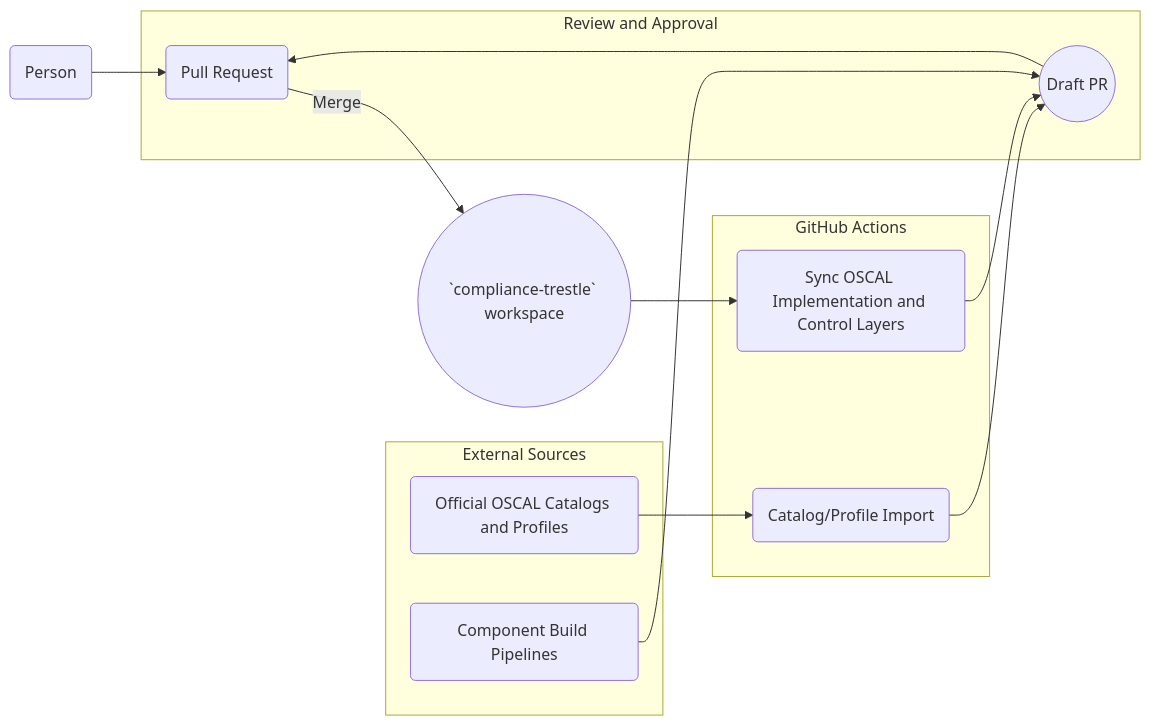
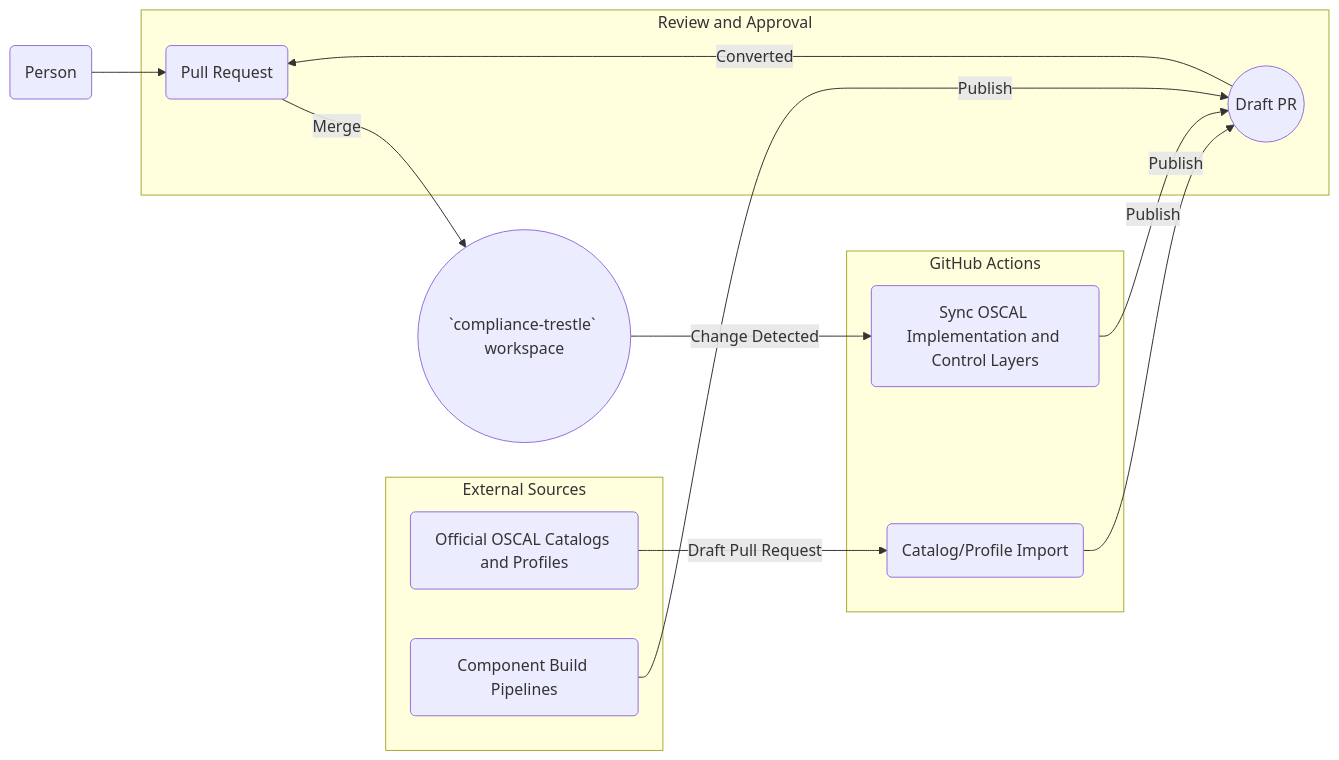
One commit to RedHatProductSecurity/trestle-demo changed the first of 3 diagrams in docs/container-diagrams.md. Above: the diagram before and after it, drawn with Mermaid. The commit also changed other lines of this file and 2 other files, not shown here.

Commit message:
Edges first draft

````diff
--- a/docs/container-diagrams.md
+++ b/docs/container-diagrams.md
@@ -15,26 +15,26 @@
 ```mermaid
 graph LR
     Person(Person)
     Trestle_Workspace(`compliance-trestle` workspace)
     subgraph External Sources
         Official_Catalogs_Profiles(Official OSCAL Catalogs and Profiles)
         Component_Build_Pipelines(Component Build Pipelines)
     end
     subgraph GitHub Actions
         Catalog_Profile_Import(Catalog/Profile Import)
         Sync(Sync OSCAL Implementation and Control Layers)
     end
     subgraph Review and Approval
         Draft_PR((Draft PR))
         Pull_Request(Pull Request)
     end
     
     Person --> Pull_Request
     Pull_Request -- Merge --> Trestle_Workspace((`compliance-trestle` workspace))
-    Official_Catalogs_Profiles --> Catalog_Profile_Import
-    Catalog_Profile_Import --> Draft_PR
-    Component_Build_Pipelines --> Draft_PR
-    Trestle_Workspace --> Sync
-    Sync --> Draft_PR
-    Draft_PR --> Pull_Request
+    Official_Catalogs_Profiles -- Draft Pull Request --> Catalog_Profile_Import
+    Catalog_Profile_Import -- Publish --> Draft_PR
+    Component_Build_Pipelines -- Publish --> Draft_PR
+    Trestle_Workspace -- Change Detected --> Sync
+    Sync -- Publish --> Draft_PR
+    Draft_PR -- Converted --> Pull_Request
 ```
````
